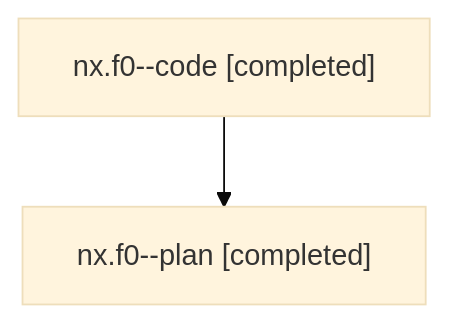
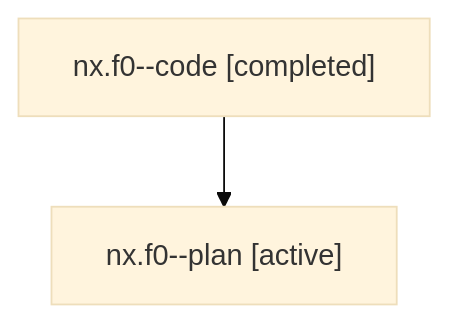
Before and after one commit to sase-org/sase--agents: the diagram in families/bbugyi200.athena.nx.f0.md, drawn with Mermaid (base theme). The commit also changed other lines of this file and 5813 other files, not shown here.

````diff
--- a/families/bbugyi200.athena.nx.f0.md
+++ b/families/bbugyi200.athena.nx.f0.md
@@ -9,6 +9,6 @@
 ```mermaid
 flowchart TD
   n0["nx.f0--code [completed]"]
-  n1["nx.f0--plan [completed]"]
+  n1["nx.f0--plan [active]"]
   n0 --> n1
 ```
````
